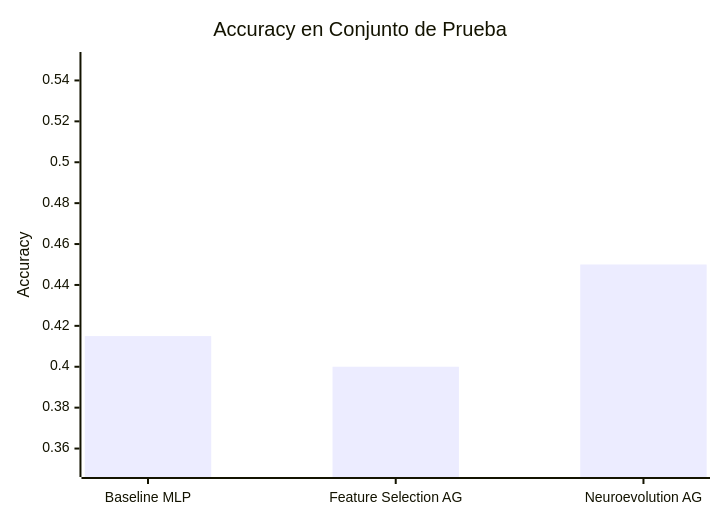
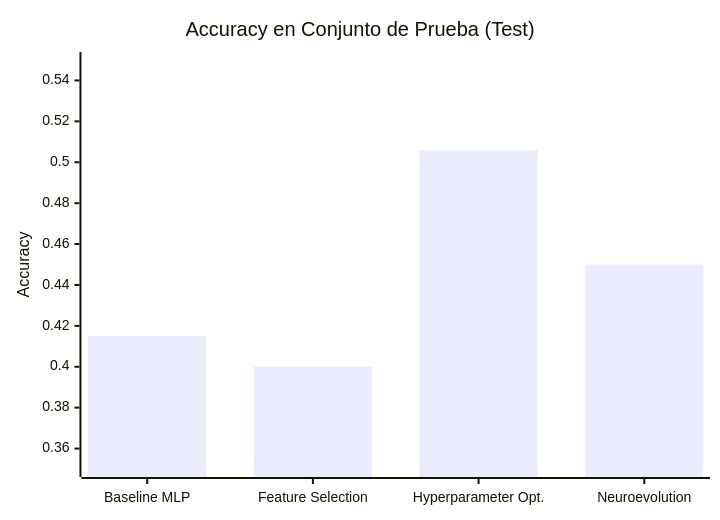
The fifth of 5 diagrams in README.md (RogerDevp/Algoritmos-Geneticos-para-modelos-de-ML), drawn with Mermaid before and after one commit. The commit also changed other lines of this file, not shown here.

````diff
--- a/README.md
+++ b/README.md
@@ -124,7 +202,7 @@
 ```mermaid
 xychart-beta
-    title "Accuracy en Conjunto de Prueba"
-    x-axis ["Baseline MLP", "Feature Selection AG", "Neuroevolution AG"]
+    title "Accuracy en Conjunto de Prueba (Test)"
+    x-axis ["Baseline MLP", "Feature Selection", "Hyperparameter Opt.", "Neuroevolution"]
     y-axis "Accuracy" 0.35 --> 0.55
-    bar [0.415, 0.400, 0.450]
+    bar [0.415, 0.400, 0.506, 0.450]
 ```
````
